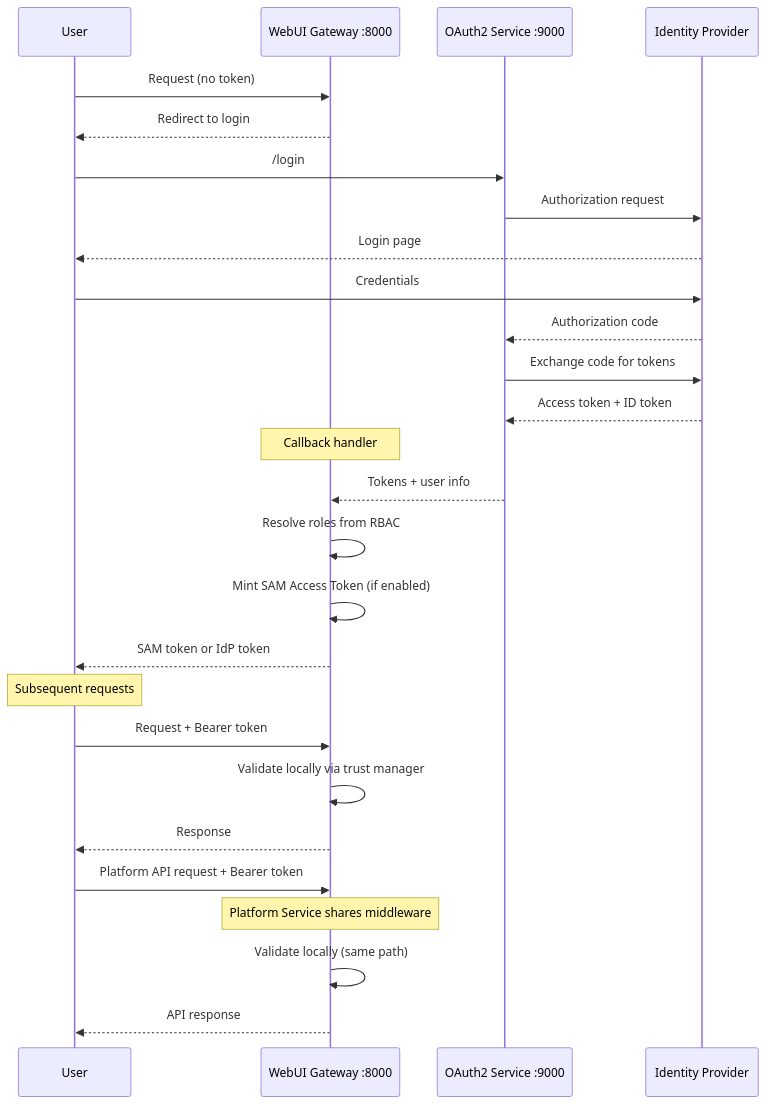
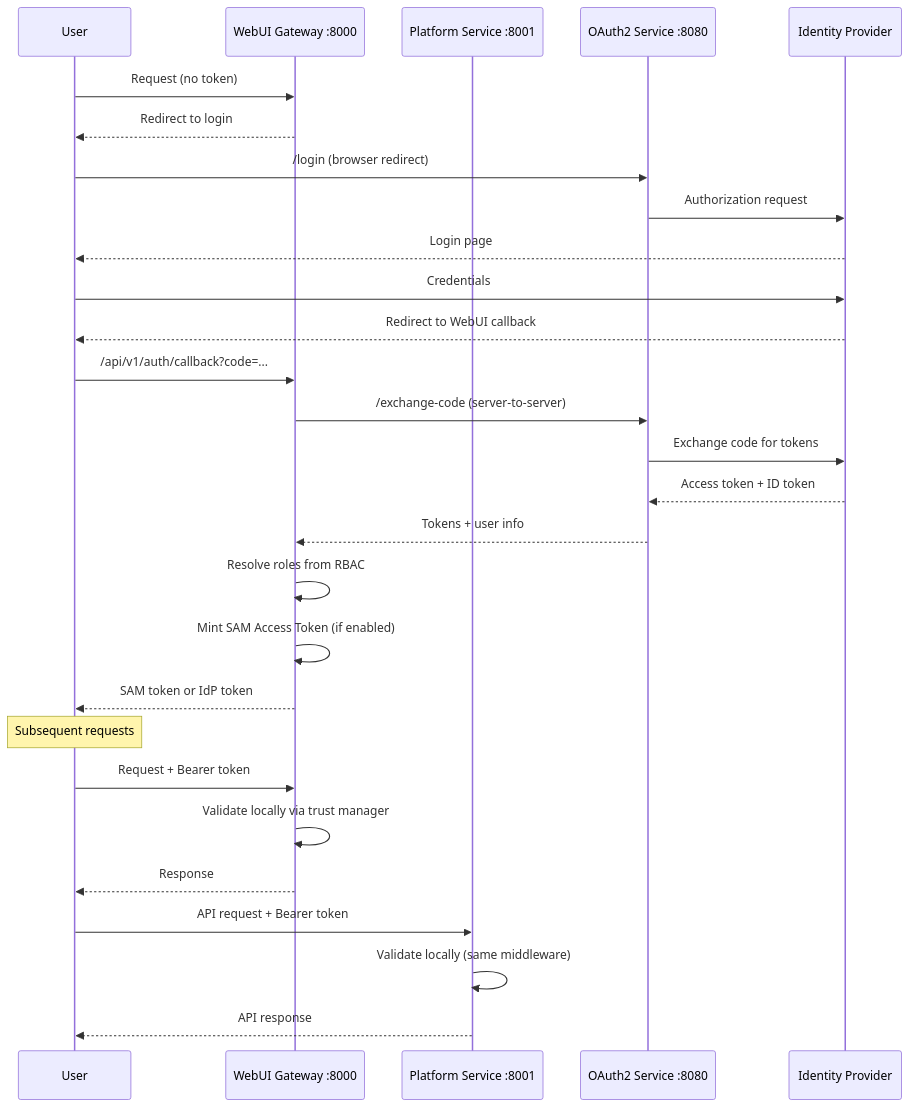
One commit to SolaceLabs/solace-agent-mesh changed the diagram in docs/docs/documentation/enterprise/platform-service-auth.md. Above: the diagram before and after it, drawn with Mermaid. The commit also changed other lines of this file and 3 other files, not shown here.

First line of the commit message:
docs(DATAGO-121044): fix auth docs accuracy issues from code verification

````diff
--- a/docs/docs/documentation/enterprise/platform-service-auth.md
+++ b/docs/docs/documentation/enterprise/platform-service-auth.md
@@ -40,33 +40,33 @@
 ```mermaid
 sequenceDiagram
     participant User
     participant WebUI as WebUI Gateway :8000
-    participant OAuth as OAuth2 Service :9000
+    participant Platform as Platform Service :8001
+    participant OAuth as OAuth2 Service :8080
     participant IdP as Identity Provider
 
     User->>WebUI: Request (no token)
     WebUI-->>User: Redirect to login
-    User->>OAuth: /login
+    User->>OAuth: /login (browser redirect)
     OAuth->>IdP: Authorization request
     IdP-->>User: Login page
     User->>IdP: Credentials
-    IdP-->>OAuth: Authorization code
+    IdP-->>User: Redirect to WebUI callback
+    User->>WebUI: /api/v1/auth/callback?code=...
+    WebUI->>OAuth: /exchange-code (server-to-server)
     OAuth->>IdP: Exchange code for tokens
     IdP-->>OAuth: Access token + ID token
-
-    Note over WebUI: Callback handler
     OAuth-->>WebUI: Tokens + user info
     WebUI->>WebUI: Resolve roles from RBAC
     WebUI->>WebUI: Mint SAM Access Token (if enabled)
     WebUI-->>User: SAM token or IdP token
 
     Note over User: Subsequent requests
     User->>WebUI: Request + Bearer token
     WebUI->>WebUI: Validate locally via trust manager
     WebUI-->>User: Response
 
-    User->>WebUI: Platform API request + Bearer token
-    Note over WebUI: Platform Service shares middleware
-    WebUI->>WebUI: Validate locally (same path)
-    WebUI-->>User: API response
+    User->>Platform: API request + Bearer token
+    Platform->>Platform: Validate locally (same middleware)
+    Platform-->>User: API response
 ```
````
